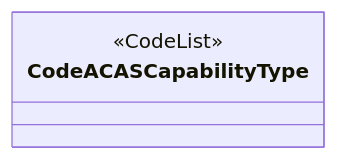
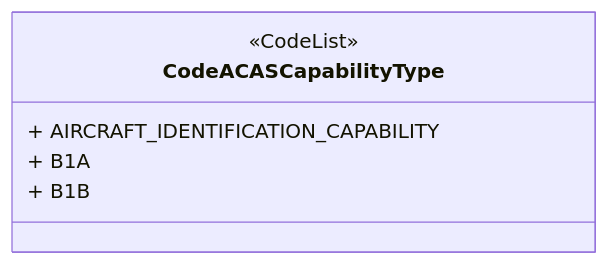
One commit to hlepori/testAIRM changed diagram 22 of 46 in README.md. Above: the diagram before and after it, drawn with Mermaid. The commit also changed other lines of this file, not shown here.

````diff
--- a/README.md
+++ b/README.md
@@ -661,5 +661,8 @@
 ```mermaid	
 classDiagram	
 class CodeACASCapabilityType	
 <<CodeList>> CodeACASCapabilityType	
+CodeACASCapabilityType : + AIRCRAFT_IDENTIFICATION_CAPABILITY	
+CodeACASCapabilityType : + B1A	
+CodeACASCapabilityType : + B1B	
 ```	
````
